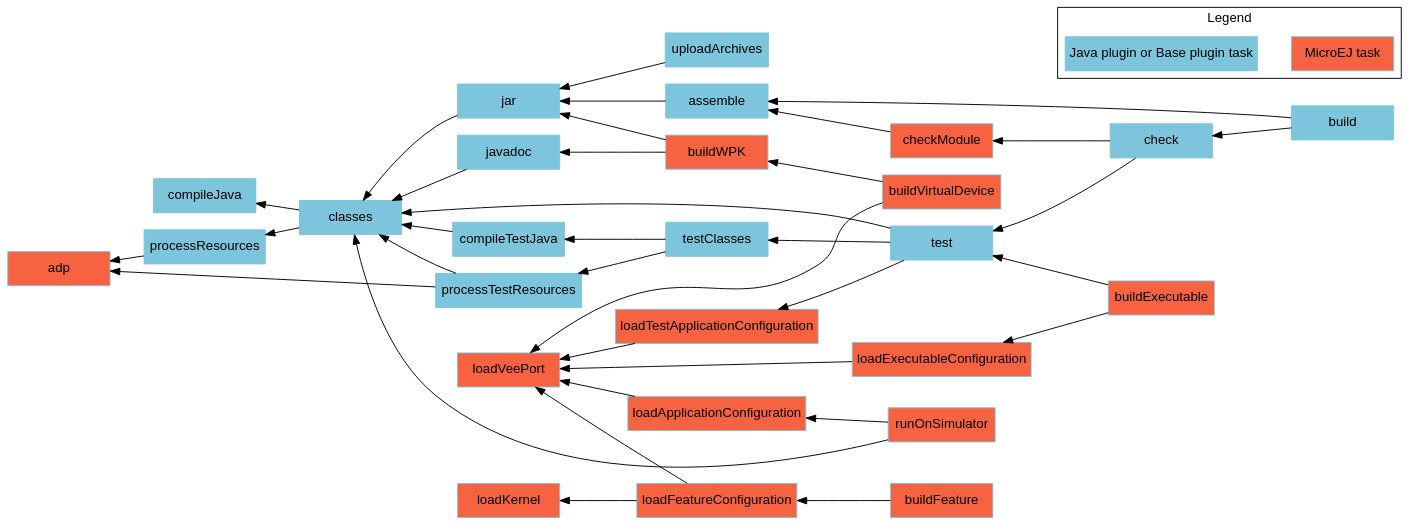
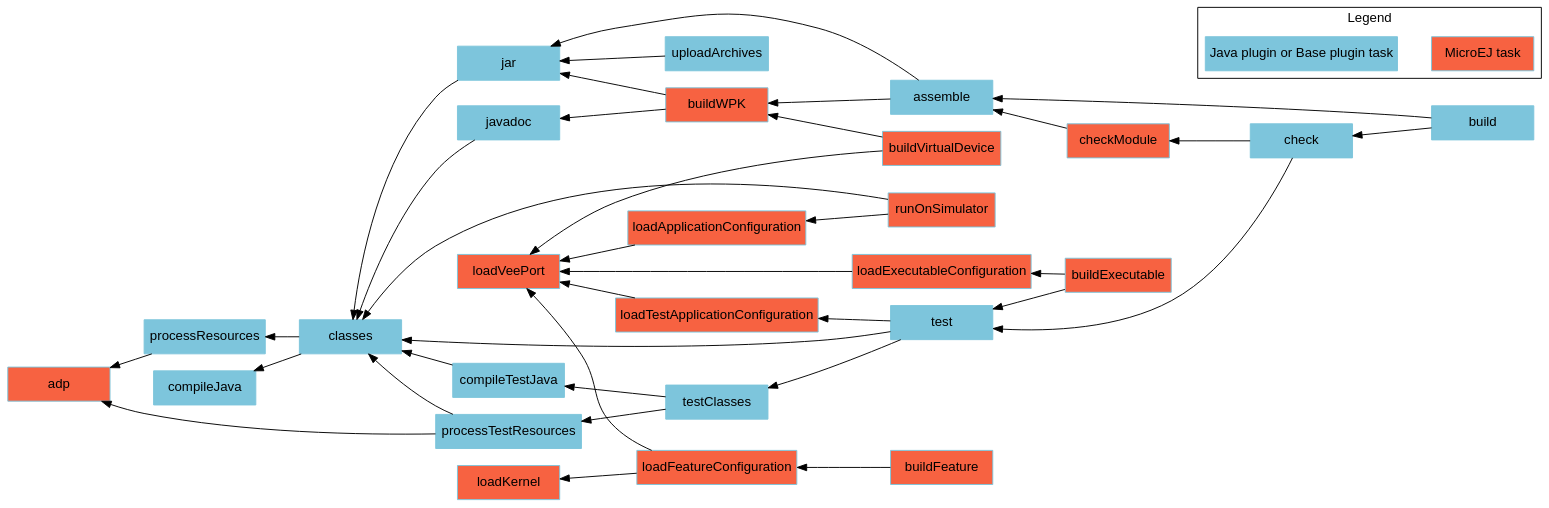
The diagram in SDK6UserGuide/graphApplicationModule.dot (MicroEJ/docs), drawn with Graphviz before and after one commit. The commit also changed 2 other files, not shown here.

```diff
--- a/SDK6UserGuide/graphApplicationModule.dot
+++ b/SDK6UserGuide/graphApplicationModule.dot
@@ -1,68 +1,69 @@
 digraph mygraph {
     rankdir="RL";
     bgcolor="transparent"
     fontname="Helvetica,Arial,sans-serif"
     node [
         shape = box
         width = 1.5
         color = "#7dc5dc"
         style = filled
         fontname="Helvetica,Arial,sans-serif"
     ]
     edge [fontname="Helvetica,Arial,sans-serif"]
     "adp" [fillcolor = "#f76241"]
     "checkModule" [fillcolor = "#f76241"]
     "loadKernel" [fillcolor = "#f76241"]
     "loadVeePort" [fillcolor = "#f76241"]
     "loadApplicationConfiguration" [fillcolor = "#f76241"]
     "loadExecutableConfiguration" [fillcolor = "#f76241"] 
     "loadFeatureConfiguration" [fillcolor = "#f76241"]
     "loadTestApplicationConfiguration" [fillcolor = "#f76241"]
     "runOnSimulator" [fillcolor = "#f76241"]
     "buildWPK" [fillcolor = "#f76241"]
     "buildExecutable" [fillcolor = "#f76241"]
     "buildVirtualDevice" [fillcolor = "#f76241"]
     "buildFeature" [fillcolor = "#f76241"]
     "build" -> "check"
     "check" -> "test"
     "test" -> "classes"
     "test" -> "testClasses"
     "test" -> "loadTestApplicationConfiguration"
     "testClasses" -> "compileTestJava"
     "testClasses" -> "processTestResources"
     "loadTestApplicationConfiguration" -> "loadVeePort"
     "processResources" -> "adp"
     "processTestResources" -> "adp"
     "processTestResources" -> "classes"
     "compileTestJava" -> "classes"
     "javadoc" -> "classes"
     "classes" -> "compileJava"
     "classes" -> "processResources"
     "build" -> "assemble"
     "assemble" -> "jar"
+    "assemble" -> "buildWPK"
     "uploadArchives" -> "jar"
     "jar" -> "classes"
     "runOnSimulator" -> "classes"
     "runOnSimulator" -> "loadApplicationConfiguration"
     "loadApplicationConfiguration" -> "loadVeePort"
     "checkModule" -> "assemble"
     "check" -> "checkModule"
     "buildWPK" -> "jar"
     "buildWPK" -> "javadoc"
     "buildExecutable" -> "test"
     "buildExecutable" -> "loadExecutableConfiguration"
     "loadExecutableConfiguration" -> "loadVeePort"
     "buildVirtualDevice" -> "loadVeePort"
     "buildVirtualDevice" -> "buildWPK"
     "buildFeature" -> "loadFeatureConfiguration"
     "loadFeatureConfiguration" -> "loadKernel"
     "loadFeatureConfiguration" -> "loadVeePort"
 
     subgraph cluster_legend {
         label="Legend";
         microej [fillcolor="#f76241" label="MicroEJ task"];
         java [fillcolor="#7dc5dc" label="Java plugin or Base plugin task"];
         microej -> java [style=invis];
         java -> microej [style=invis];
     }
 }
```
